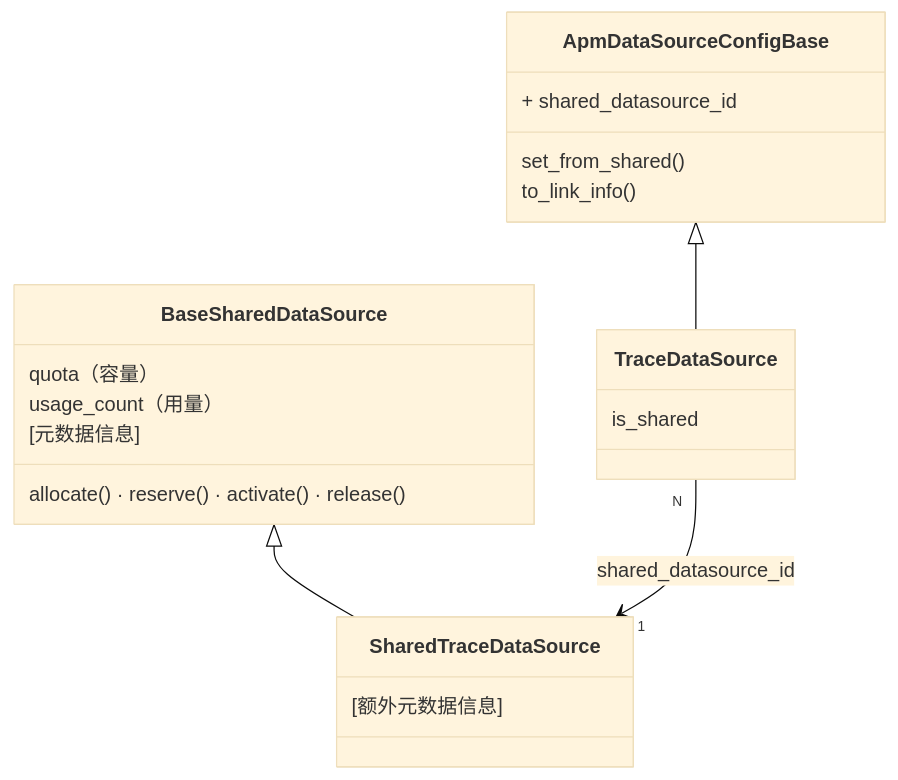
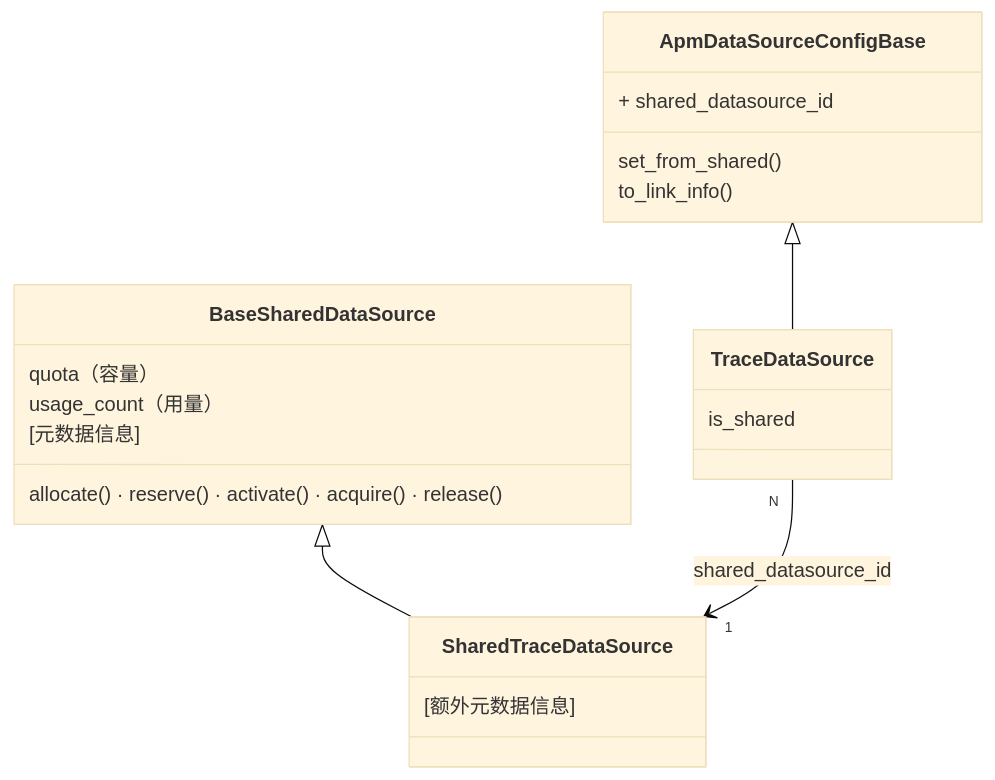
One commit to ZhuoZhuoCrayon/ai-workspace changed the first of 10 diagrams in knowledge/bkmonitor/issues/2026-03-03-apm-shared-datasource/PLAN.md. Above: the diagram before and after it, drawn with Mermaid (base theme). The commit also changed other lines of this file and 3 other files, not shown here.

````diff
--- a/knowledge/bkmonitor/issues/2026-03-03-apm-shared-datasource/PLAN.md
+++ b/knowledge/bkmonitor/issues/2026-03-03-apm-shared-datasource/PLAN.md
@@ -30,24 +30,24 @@
 ```mermaid
 classDiagram
     class BaseSharedDataSource {
         quota（容量）
         usage_count（用量）
         [元数据信息]
-        allocate() · reserve() · activate() · release()
+        allocate() · reserve() · activate() · acquire() · release()
     }
     class SharedTraceDataSource {
     		[额外元数据信息]
     }
     class ApmDataSourceConfigBase {
         + shared_datasource_id
         set_from_shared()
         to_link_info()
     }
     class TraceDataSource {
         is_shared
     }
 
     BaseSharedDataSource <|-- SharedTraceDataSource
     ApmDataSourceConfigBase <|-- TraceDataSource
     TraceDataSource "N" --> "1" SharedTraceDataSource : shared_datasource_id
 ```
````
